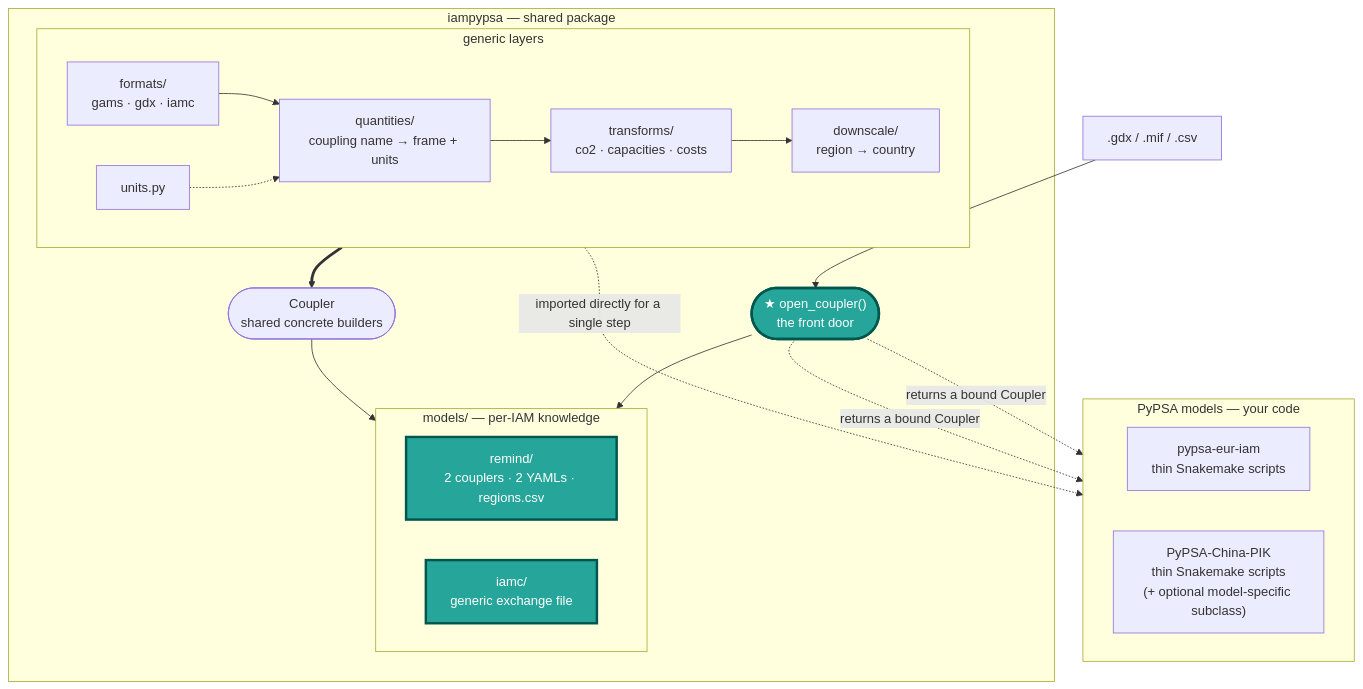
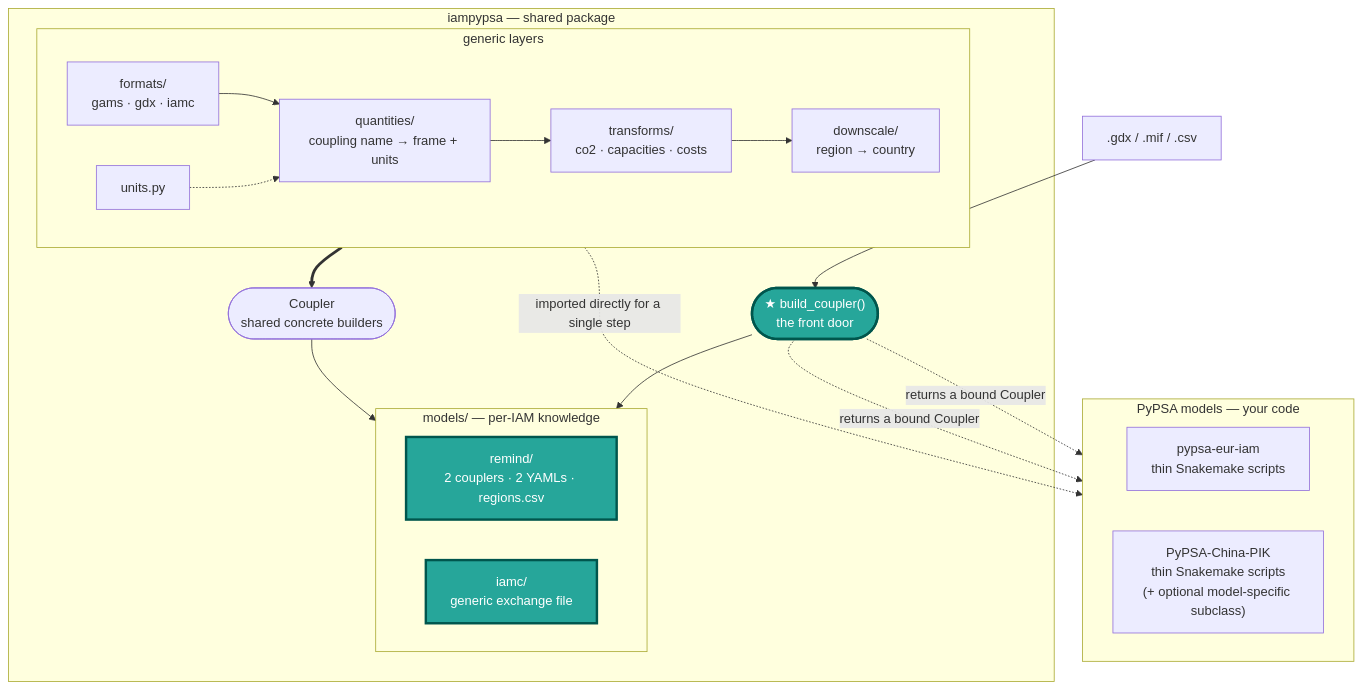
The diagram in docs/architecture.md (pik-piam/Remind-PyPSA-coupling), drawn with Mermaid before and after one commit. The commit also changed other lines of this file and 8 other files, not shown here.

First line of the commit message:
refactor: rename open_coupler to build_coupler

````diff
--- a/docs/architecture.md
+++ b/docs/architecture.md
@@ -24,36 +24,36 @@
 ```mermaid
 flowchart TB
     src[".gdx / .mif / .csv"]
 
     subgraph pkg["iampypsa — shared package"]
-        facade(["★ open_coupler()<br/>the front door"])
+        facade(["★ build_coupler()<br/>the front door"])
         subgraph building_blocks["generic layers"]
             direction LR
             fmt["formats/<br/>gams · gdx · iamc"] --> qty["quantities/<br/>coupling name → frame + units"] --> tf["transforms/<br/>co2 · capacities · costs"] --> ds["downscale/<br/>region → country"]
             units["units.py"] -.-> qty
         end
         subgraph mdl["models/ — per-IAM knowledge"]
             direction LR
             remind["remind/<br/>2 couplers · 2 YAMLs · regions.csv"]
             iamc_m["iamc/<br/>generic exchange file"]
         end
         base(["Coupler<br/>shared concrete builders"])
         building_blocks ==> base
         base --> mdl
         facade --> mdl
     end
 
     subgraph consumers["PyPSA models — your code"]
         direction LR
         eur["pypsa-eur-iam<br/>thin Snakemake scripts"]
         chn["PyPSA-China-PIK<br/>thin Snakemake scripts<br/>(+ optional model-specific subclass)"]
     end
 
     src --> facade
     facade -.->|returns a bound Coupler| eur
     facade -.->|returns a bound Coupler| chn
     building_blocks -.->|imported directly for a single step| eur
 
     classDef pub fill:#26a69a,stroke:#00564d,color:#ffffff,stroke-width:3px;
     class facade,remind,iamc_m pub
 ```
````
